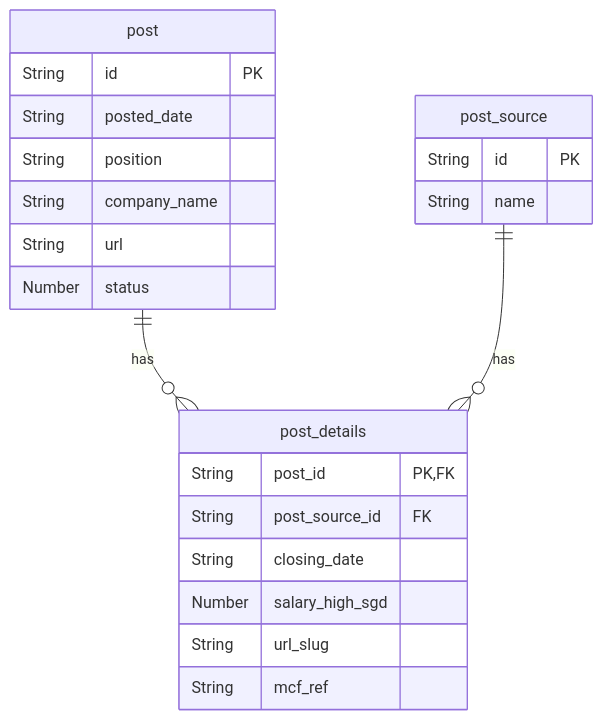
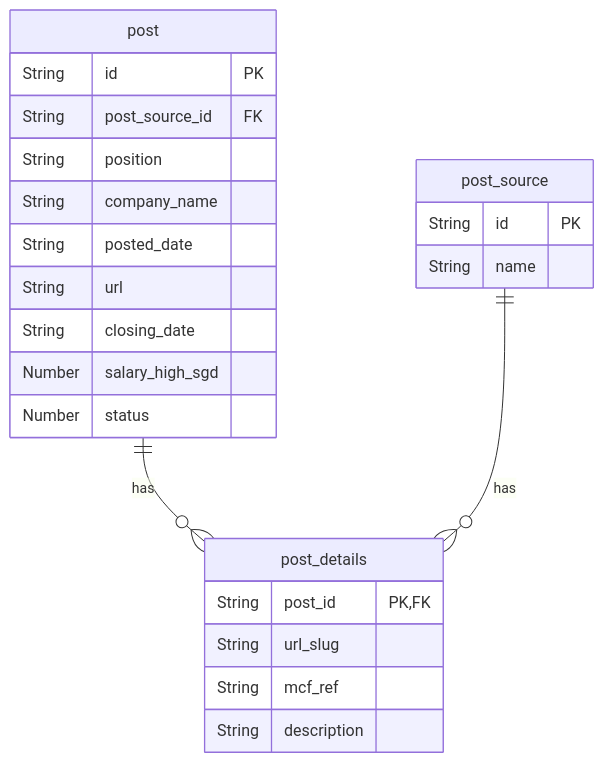
One commit to yayfalafels/mcfpipe changed the first of 4 diagrams in docs/data_model.md. Above: the diagram before and after it, drawn with Mermaid. The commit also changed other lines of this file and 6 other files, not shown here.

Commit message:
gsi db schema update

````diff
--- a/docs/data_model.md
+++ b/docs/data_model.md
@@ -59,28 +59,29 @@
 ```mermaid
 erDiagram
     post {
         String id PK
-        String posted_date
+        String post_source_id FK
         String position
         String company_name
+        String posted_date
         String url
+        String closing_date
+        Number salary_high_sgd
         Number status
     }
 
     post_details {
         String post_id PK, FK
-        String post_source_id FK
-        String closing_date
-        Number salary_high_sgd
         String url_slug
         String mcf_ref
+        String description
     }
 
     post_source {
         String id PK
         String name
     }
 
     post ||--o{ post_details : has
     post_source ||--o{ post_details : has
 ```
````
